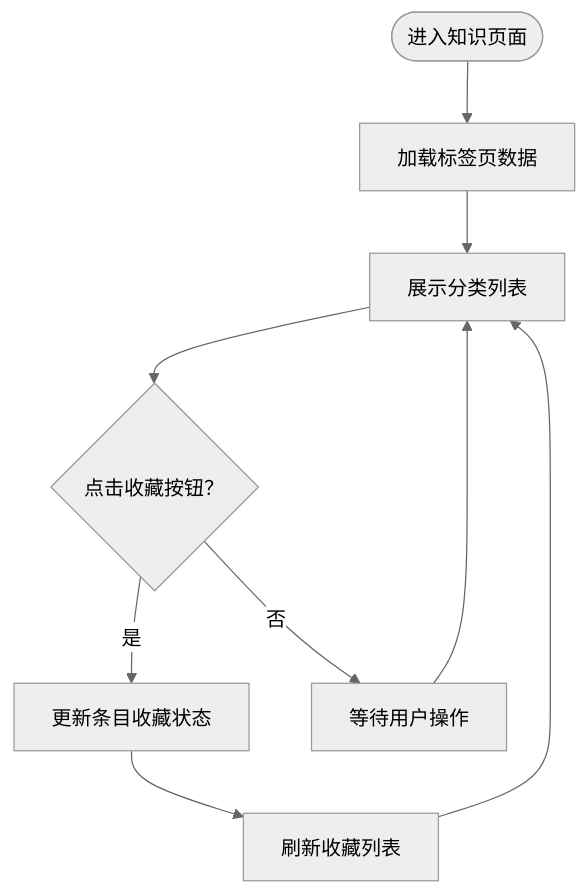
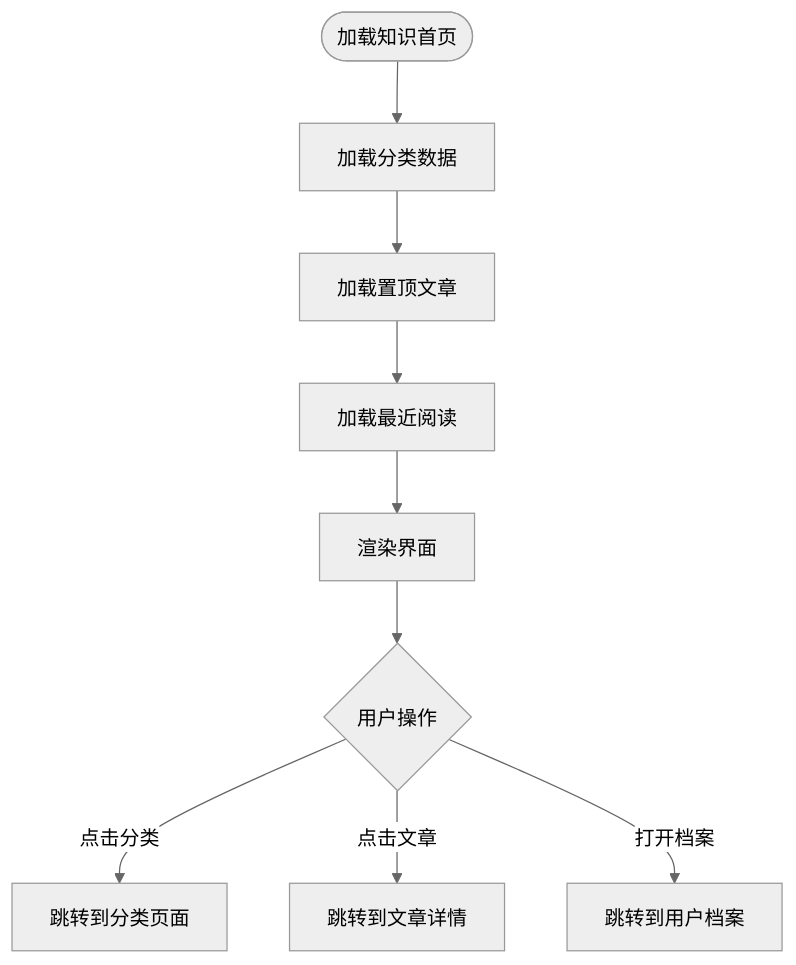
One commit to xiao-lin-unit/yuan changed the third of 6 diagrams in .qoder/repowiki/zh/content/财务分析/财务知识库.md. Above: the diagram before and after it, drawn with Mermaid (neutral theme). The commit also changed other lines of this file and 16 other files, not shown here.

Commit message:
图片和图标处理

````diff
--- a/.qoder/repowiki/zh/content/财务分析/财务知识库.md
+++ b/.qoder/repowiki/zh/content/财务分析/财务知识库.md
@@ -136,11 +146,11 @@
 ```mermaid
 flowchart TD
-Start(["进入知识页面"]) --> LoadTabs["加载标签页数据"]
-LoadTabs --> ShowList["展示分类列表"]
-ShowList --> ToggleFav{"点击收藏按钮？"}
-ToggleFav --> |是| UpdateState["更新条目收藏状态"]
-ToggleFav --> |否| WaitAction["等待用户操作"]
-UpdateState --> RefreshFav["刷新收藏列表"]
-RefreshFav --> ShowList
-WaitAction --> ShowList
+Start(["加载知识首页"]) --> LoadCategories["加载分类数据"]
+LoadCategories --> LoadTop["加载置顶文章"]
+LoadTop --> LoadRecent["加载最近阅读"]
+LoadRecent --> RenderUI["渲染界面"]
+RenderUI --> UserAction{"用户操作"}
+UserAction --> |点击分类| GoCategory["跳转到分类页面"]
+UserAction --> |点击文章| GoArticle["跳转到文章详情"]
+UserAction --> |打开档案| GoProfile["跳转到用户档案"]
 ```
````
